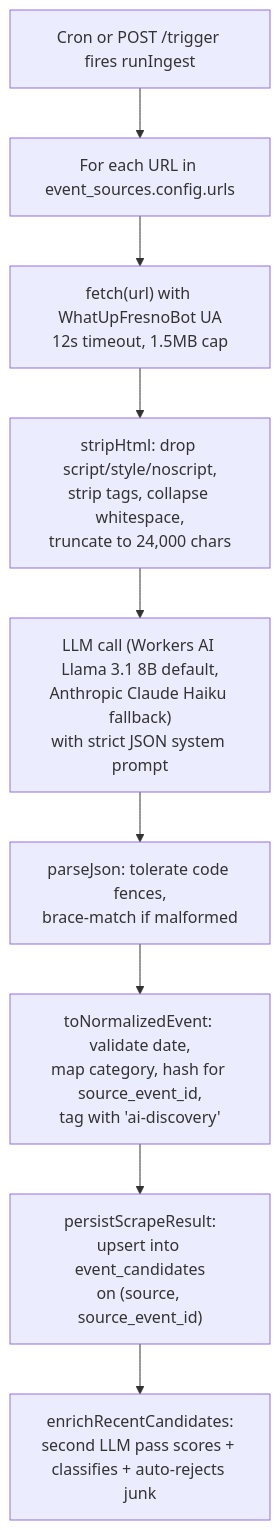
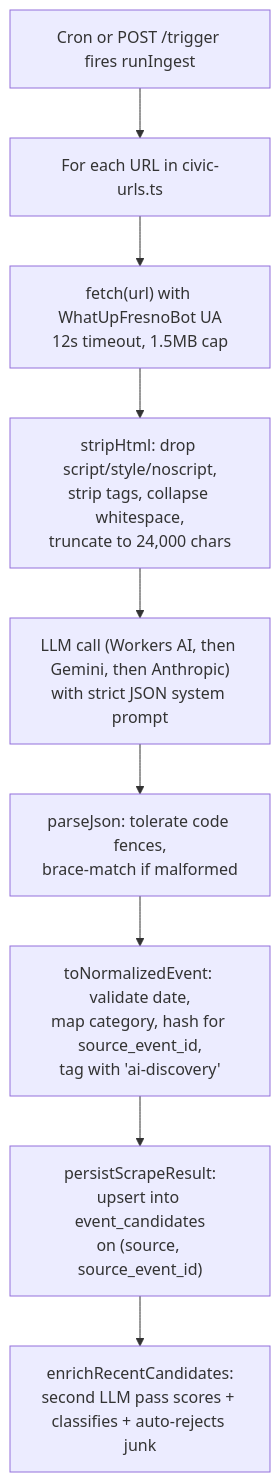
The diagram in docs/AI_DISCOVERY.md (ranveerdhaliwal/fresno-events), drawn with Mermaid before and after one commit. The commit also changed other lines of this file and 8 other files, not shown here.

````diff
--- a/docs/AI_DISCOVERY.md
+++ b/docs/AI_DISCOVERY.md
@@ -9,20 +9,20 @@
 ```mermaid
 flowchart TD
   Start["Cron or POST /trigger fires runIngest"]
-  Loop["For each URL in event_sources.config.urls"]
+  Loop["For each URL in civic-urls.ts"]
   Fetch["fetch(url) with WhatUpFresnoBot UA<br/>12s timeout, 1.5MB cap"]
   Strip["stripHtml: drop script/style/noscript,<br/>strip tags, collapse whitespace,<br/>truncate to 24,000 chars"]
-  LLM["LLM call (Workers AI Llama 3.1 8B default,<br/>Anthropic Claude Haiku fallback)<br/>with strict JSON system prompt"]
+  LLM["LLM call (Workers AI, then Gemini, then Anthropic)<br/>with strict JSON system prompt"]
   Parse["parseJson: tolerate code fences,<br/>brace-match if malformed"]
   Normalize["toNormalizedEvent: validate date,<br/>map category, hash for source_event_id,<br/>tag with 'ai-discovery'"]
   Persist["persistScrapeResult:<br/>upsert into event_candidates<br/>on (source, source_event_id)"]
   Enrich["enrichRecentCandidates:<br/>second LLM pass scores + classifies + auto-rejects junk"]
   Start --> Loop
   Loop --> Fetch
   Fetch --> Strip
   Strip --> LLM
   LLM --> Parse
   Parse --> Normalize
   Normalize --> Persist
   Persist --> Enrich
 ```
````
